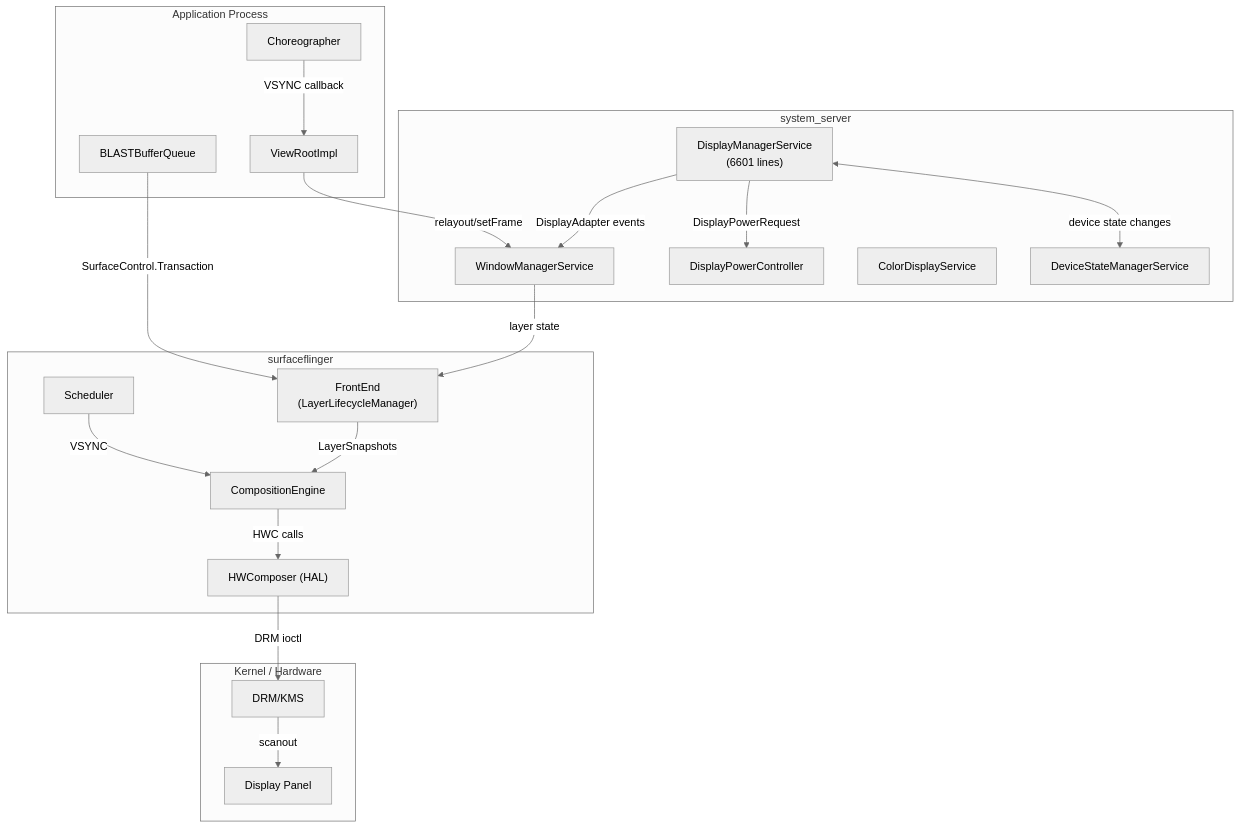
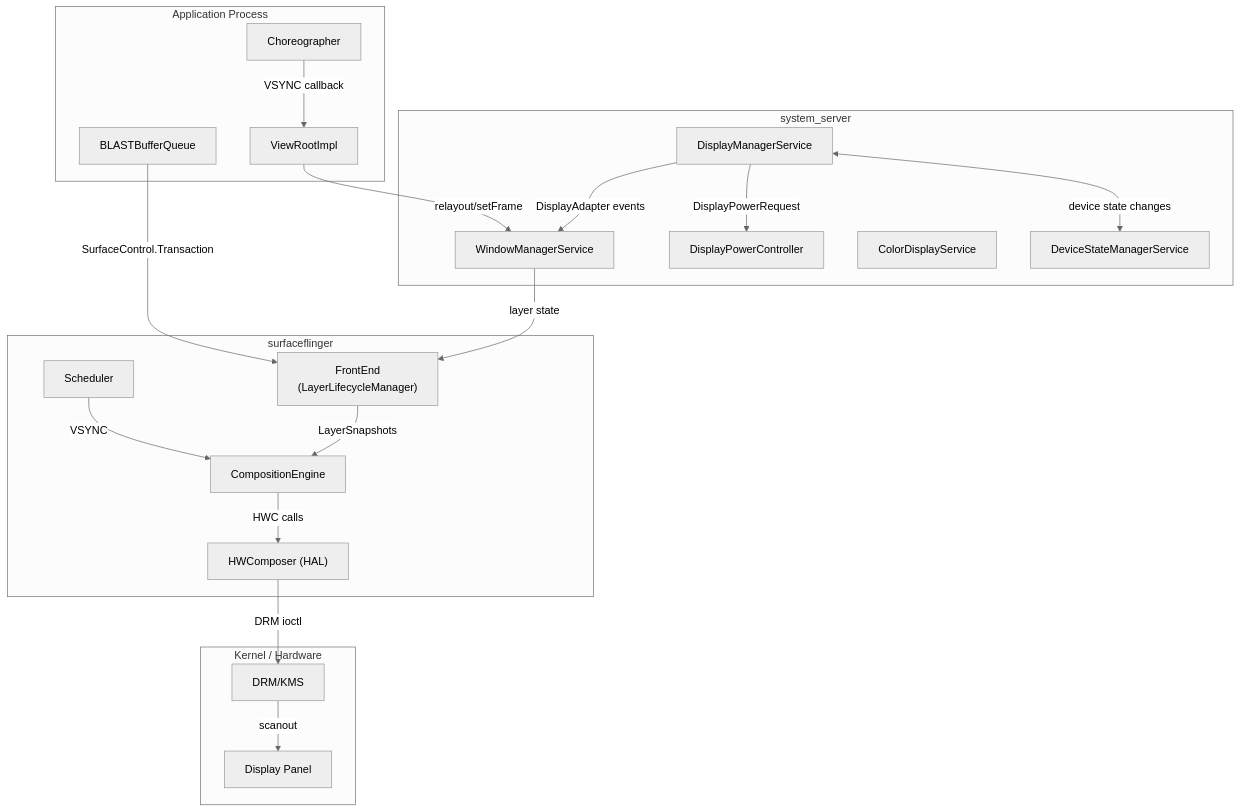
One commit to aospbooks/aosp-internal-book changed the first of 42 diagrams in 24-display-system.md. Above: the diagram before and after it, drawn with Mermaid (neutral theme).

Commit message:
24-display-system: drop line-count annotation from mermaid

````diff
--- a/24-display-system.md
+++ b/24-display-system.md
@@ -59,41 +59,41 @@
 ```mermaid
 graph TB
     subgraph "Application Process"
         VRI["ViewRootImpl"]
         CH["Choreographer"]
         BBQ["BLASTBufferQueue"]
     end
 
     subgraph "system_server"
-        DMS["DisplayManagerService<br/>(6601 lines)"]
+        DMS["DisplayManagerService"]
         WMS["WindowManagerService"]
         DPC["DisplayPowerController"]
         CDS["ColorDisplayService"]
         DSMS["DeviceStateManagerService"]
     end
 
     subgraph "surfaceflinger"
         SCH["Scheduler"]
         FE["FrontEnd<br/>(LayerLifecycleManager)"]
         CE["CompositionEngine"]
         HWC["HWComposer (HAL)"]
     end
 
     subgraph "Kernel / Hardware"
         DRM["DRM/KMS"]
         PANEL["Display Panel"]
     end
 
     VRI -->|"relayout/setFrame"| WMS
     CH -->|"VSYNC callback"| VRI
     BBQ -->|"SurfaceControl.Transaction"| FE
     DMS -->|"DisplayAdapter events"| WMS
     DMS -->|"DisplayPowerRequest"| DPC
     DMS <-->|"device state changes"| DSMS
     WMS -->|"layer state"| FE
     SCH -->|"VSYNC"| CE
     FE -->|"LayerSnapshots"| CE
     CE -->|"HWC calls"| HWC
     HWC -->|"DRM ioctl"| DRM
     DRM -->|"scanout"| PANEL
 ```
````
